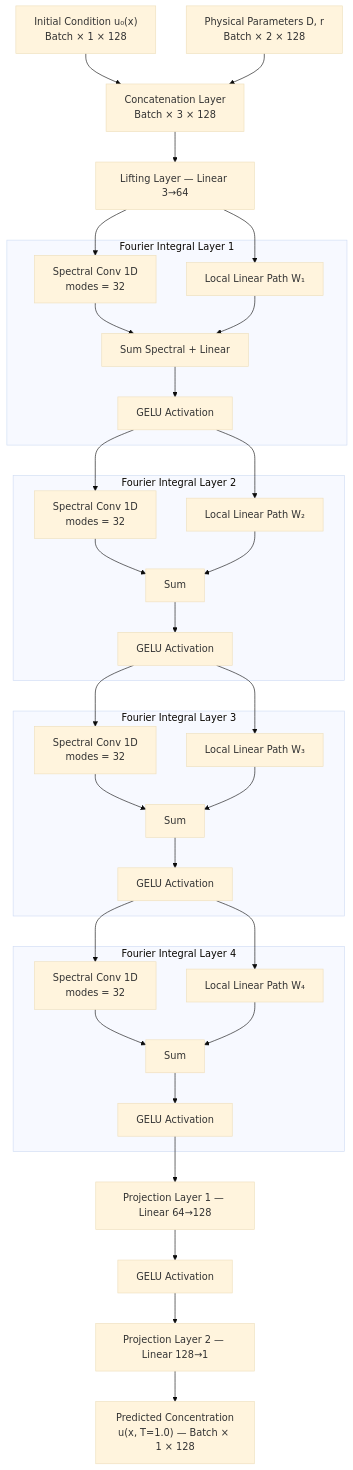
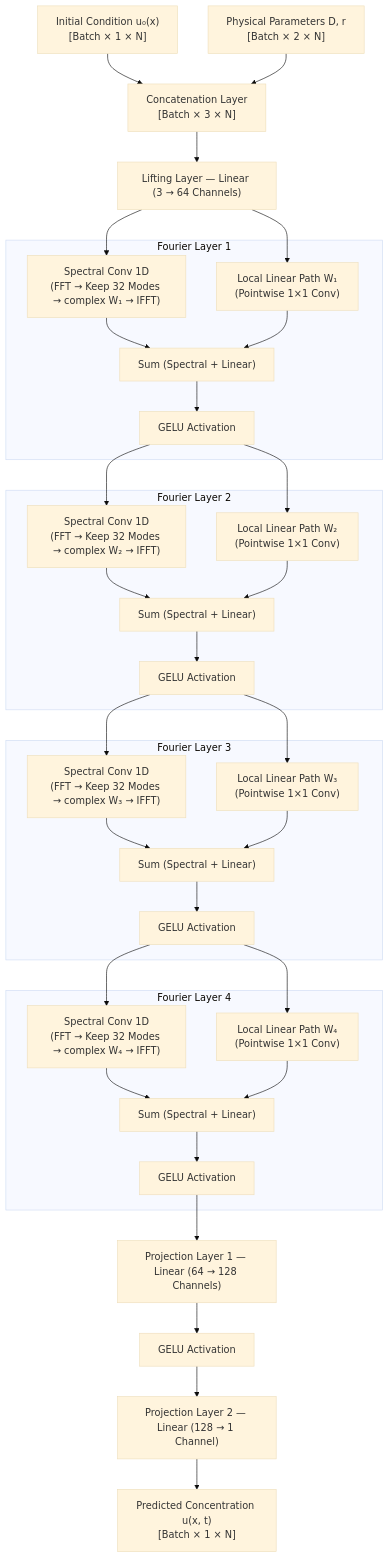
Before and after one commit to shekharsameer2308/Prototype-FNO-1D-RxnDynamics-: the first of 2 diagrams in README.md, drawn with Mermaid (base theme). The commit also changed other lines of this file, not shown here.

Commit message:
docs: enhance README.md with FNO ML architecture and parameter tables

````diff
--- a/README.md
+++ b/README.md
@@ -78,68 +100,68 @@
 ```mermaid
 graph TD
-    IC["Initial Condition u₀(x)<br/>Batch × 1 × 128"]
-    Params["Physical Parameters D, r<br/>Batch × 2 × 128"]
-    Concat["Concatenation Layer<br/>Batch × 3 × 128"]
-    Lifting["Lifting Layer — Linear 3→64"]
+    IC["Initial Condition u₀(x)<br/>[Batch × 1 × N]"]
+    Params["Physical Parameters D, r<br/>[Batch × 2 × N]"]
+    Concat["Concatenation Layer<br/>[Batch × 3 × N]"]
+    Lifting["Lifting Layer — Linear (3 → 64 Channels)"]
 
-    subgraph FNO_Layer_1["Fourier Integral Layer 1"]
-        F1["Spectral Conv 1D<br/>modes = 32"]
-        W1["Local Linear Path W₁"]
-        Add1["Sum Spectral + Linear"]
+    subgraph FNO_Layer_1["Fourier Layer 1"]
+        F1["Spectral Conv 1D<br/>(FFT → Keep 32 Modes → complex W₁ → IFFT)"]
+        W1["Local Linear Path W₁<br/>(Pointwise 1×1 Conv)"]
+        Add1["Sum (Spectral + Linear)"]
         Act1["GELU Activation"]
     end
 
-    subgraph FNO_Layer_2["Fourier Integral Layer 2"]
-        F2["Spectral Conv 1D<br/>modes = 32"]
-        W2["Local Linear Path W₂"]
-        Add2["Sum"]
+    subgraph FNO_Layer_2["Fourier Layer 2"]
+        F2["Spectral Conv 1D<br/>(FFT → Keep 32 Modes → complex W₂ → IFFT)"]
+        W2["Local Linear Path W₂<br/>(Pointwise 1×1 Conv)"]
+        Add2["Sum (Spectral + Linear)"]
         Act2["GELU Activation"]
     end
 
-    subgraph FNO_Layer_3["Fourier Integral Layer 3"]
-        F3["Spectral Conv 1D<br/>modes = 32"]
-        W3["Local Linear Path W₃"]
-        Add3["Sum"]
+    subgraph FNO_Layer_3["Fourier Layer 3"]
+        F3["Spectral Conv 1D<br/>(FFT → Keep 32 Modes → complex W₃ → IFFT)"]
+        W3["Local Linear Path W₃<br/>(Pointwise 1×1 Conv)"]
+        Add3["Sum (Spectral + Linear)"]
         Act3["GELU Activation"]
     end
 
-    subgraph FNO_Layer_4["Fourier Integral Layer 4"]
-        F4["Spectral Conv 1D<br/>modes = 32"]
-        W4["Local Linear Path W₄"]
-        Add4["Sum"]
+    subgraph FNO_Layer_4["Fourier Layer 4"]
+        F4["Spectral Conv 1D<br/>(FFT → Keep 32 Modes → complex W₄ → IFFT)"]
+        W4["Local Linear Path W₄<br/>(Pointwise 1×1 Conv)"]
+        Add4["Sum (Spectral + Linear)"]
         Act4["GELU Activation"]
     end
 
-    Proj1["Projection Layer 1 — Linear 64→128"]
+    Proj1["Projection Layer 1 — Linear (64 → 128 Channels)"]
     ActP["GELU Activation"]
-    Proj2["Projection Layer 2 — Linear 128→1"]
-    Output["Predicted Concentration<br/>u(x, T=1.0) — Batch × 1 × 128"]
+    Proj2["Projection Layer 2 — Linear (128 → 1 Channel)"]
+    Output["Predicted Concentration u(x, t)<br/>[Batch × 1 × N]"]
 
     IC --> Concat
     Params --> Concat
     Concat --> Lifting
     Lifting --> F1
     Lifting --> W1
     F1 --> Add1
     W1 --> Add1
     Add1 --> Act1
     Act1 --> F2
     Act1 --> W2
     F2 --> Add2
     W2 --> Add2
     Add2 --> Act2
     Act2 --> F3
     Act2 --> W3
     F3 --> Add3
     W3 --> Add3
     Add3 --> Act3
     Act3 --> F4
     Act3 --> W4
     F4 --> Add4
     W4 --> Add4
     Add4 --> Act4
     Act4 --> Proj1
     Proj1 --> ActP
     ActP --> Proj2
     Proj2 --> Output
 ```
````
